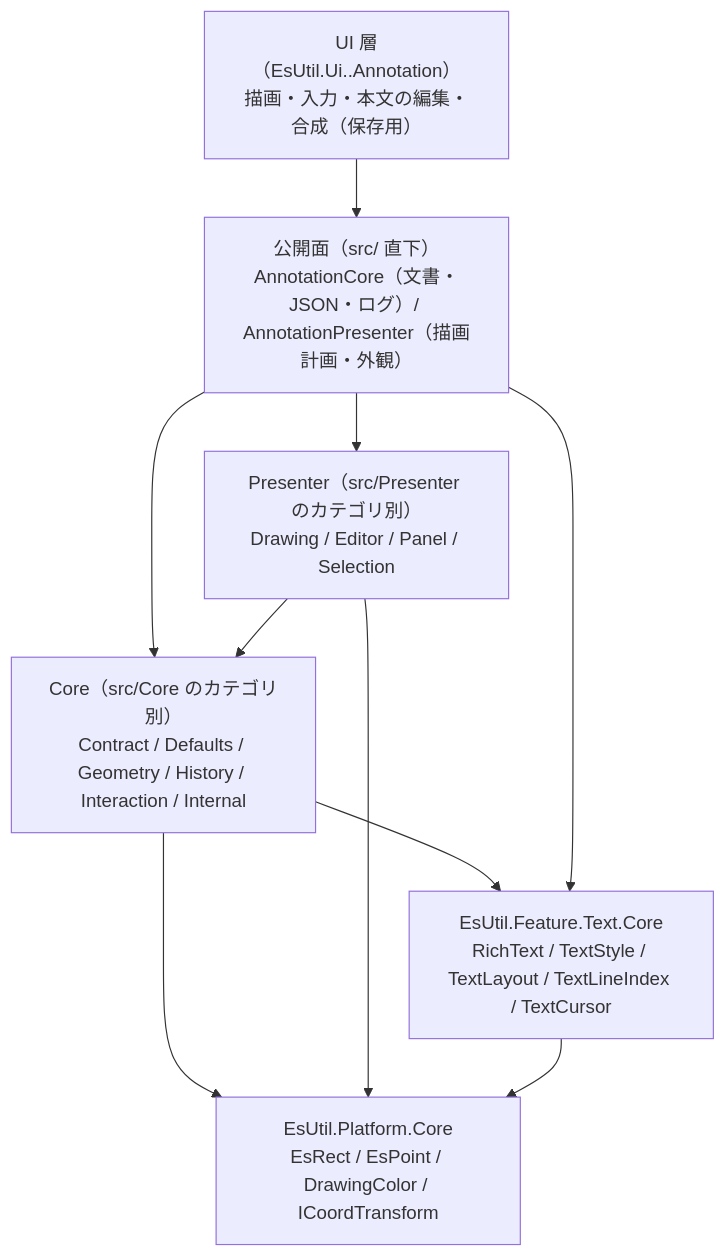
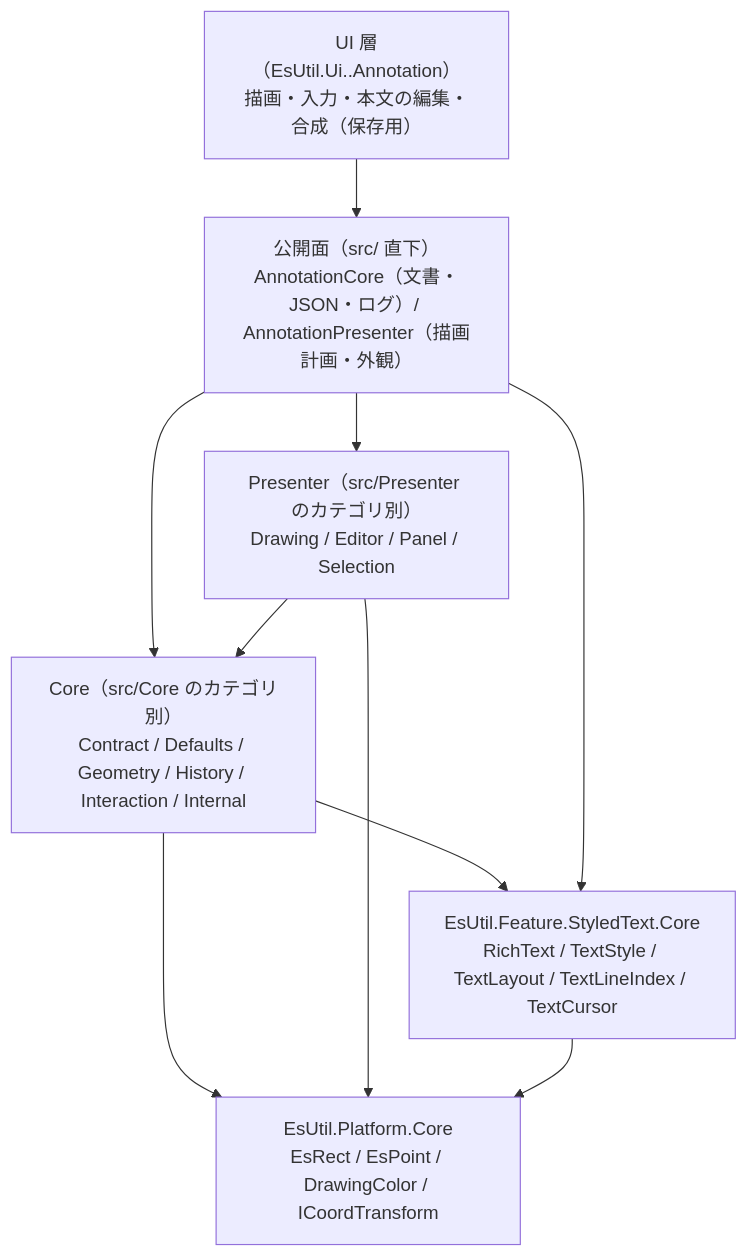
Before and after one commit to tomokuni/EsUtil: the diagram in EsUtil/Feature.Annotation.Core/docs/SPEC_System.md, drawn with Mermaid. The commit also changed other lines of this file and 190 other files, not shown here.

First line of the commit message:
本文コントロールの入力と追従の不具合を直し、文字の計算層を StyledText へ改名する

````diff
--- a/EsUtil/Feature.Annotation.Core/docs/SPEC_System.md
+++ b/EsUtil/Feature.Annotation.Core/docs/SPEC_System.md
@@ -34,18 +34,18 @@
 ```mermaid
 flowchart TB
     UI["UI 層（EsUtil.Ui.<UI>.Annotation）<br/>描画・入力・本文の編集・合成（保存用）"]
     F["公開面（src/ 直下）<br/>AnnotationCore（文書・JSON・ログ）/ AnnotationPresenter（描画計画・外観）"]
     C["Core（src/Core のカテゴリ別）<br/>Contract / Defaults / Geometry / History / Interaction / Internal"]
     P["Presenter（src/Presenter のカテゴリ別）<br/>Drawing / Editor / Panel / Selection"]
-    T["EsUtil.Feature.Text.Core<br/>RichText / TextStyle / TextLayout / TextLineIndex / TextCursor"]
+    T["EsUtil.Feature.StyledText.Core<br/>RichText / TextStyle / TextLayout / TextLineIndex / TextCursor"]
     PC["EsUtil.Platform.Core<br/>EsRect / EsPoint / DrawingColor / ICoordTransform"]
     UI --> F
     F --> C
     F --> P
     P --> C
     C --> T
     F --> T
     C --> PC
     P --> PC
     T --> PC
 ```
````
